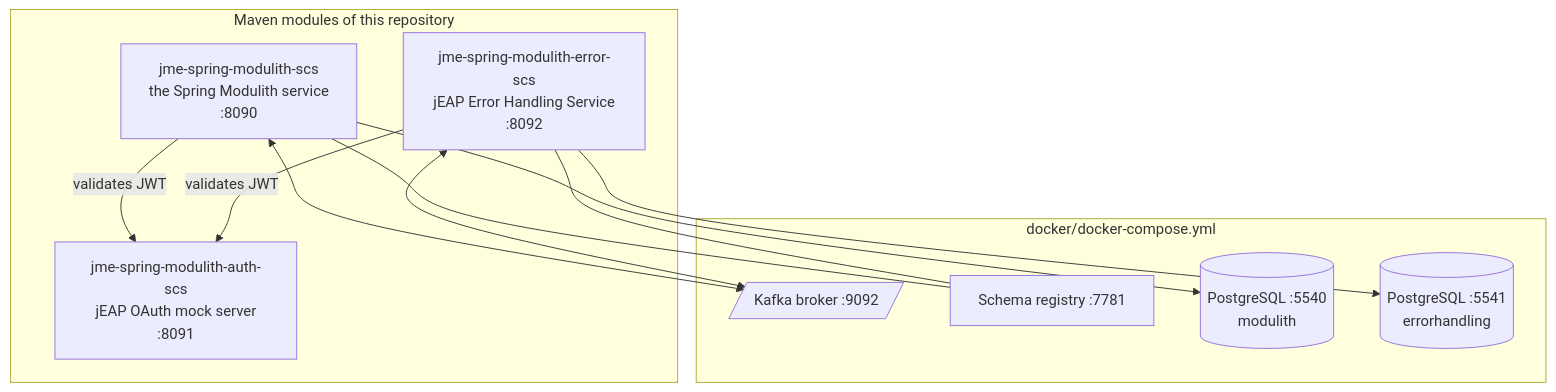
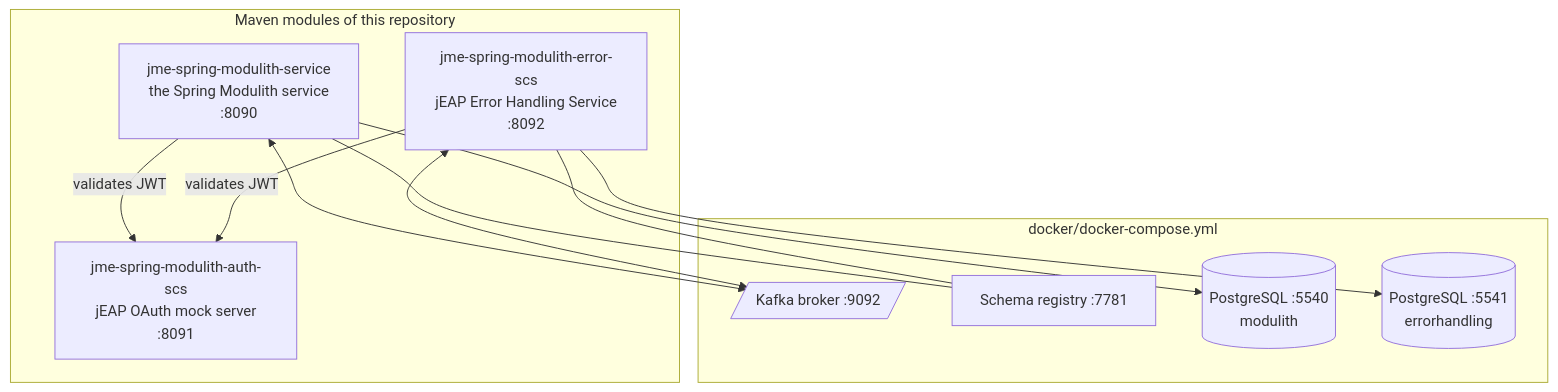
One commit to jme-admin-ch/jme-spring-modulith-example changed the first of 5 diagrams in docs/architecture.md. Above: the diagram before and after it, drawn with Mermaid. The commit also changed other lines of this file and 70 other files, not shown here.

````diff
--- a/docs/architecture.md
+++ b/docs/architecture.md
@@ -11,24 +11,24 @@
 ```mermaid
 flowchart TB
     subgraph services["Maven modules of this repository"]
-        SCS["jme-spring-modulith-scs<br/>the Spring Modulith service<br/>:8090"]
+        SCS["jme-spring-modulith-service<br/>the Spring Modulith service<br/>:8090"]
         AUTH["jme-spring-modulith-auth-scs<br/>jEAP OAuth mock server<br/>:8091"]
         EHS["jme-spring-modulith-error-scs<br/>jEAP Error Handling Service<br/>:8092"]
     end
 
     subgraph infra["docker/docker-compose.yml"]
         KAFKA[/"Kafka broker :9092"/]
         SR["Schema registry :7781"]
         DB1[("PostgreSQL :5540<br/>modulith")]
         DB2[("PostgreSQL :5541<br/>errorhandling")]
     end
 
     SCS --> DB1
     EHS --> DB2
     SCS <--> KAFKA
     EHS <--> KAFKA
     SCS --- SR
     EHS --- SR
     SCS -->|" validates JWT "| AUTH
     EHS -->|" validates JWT "| AUTH
 ```
````
